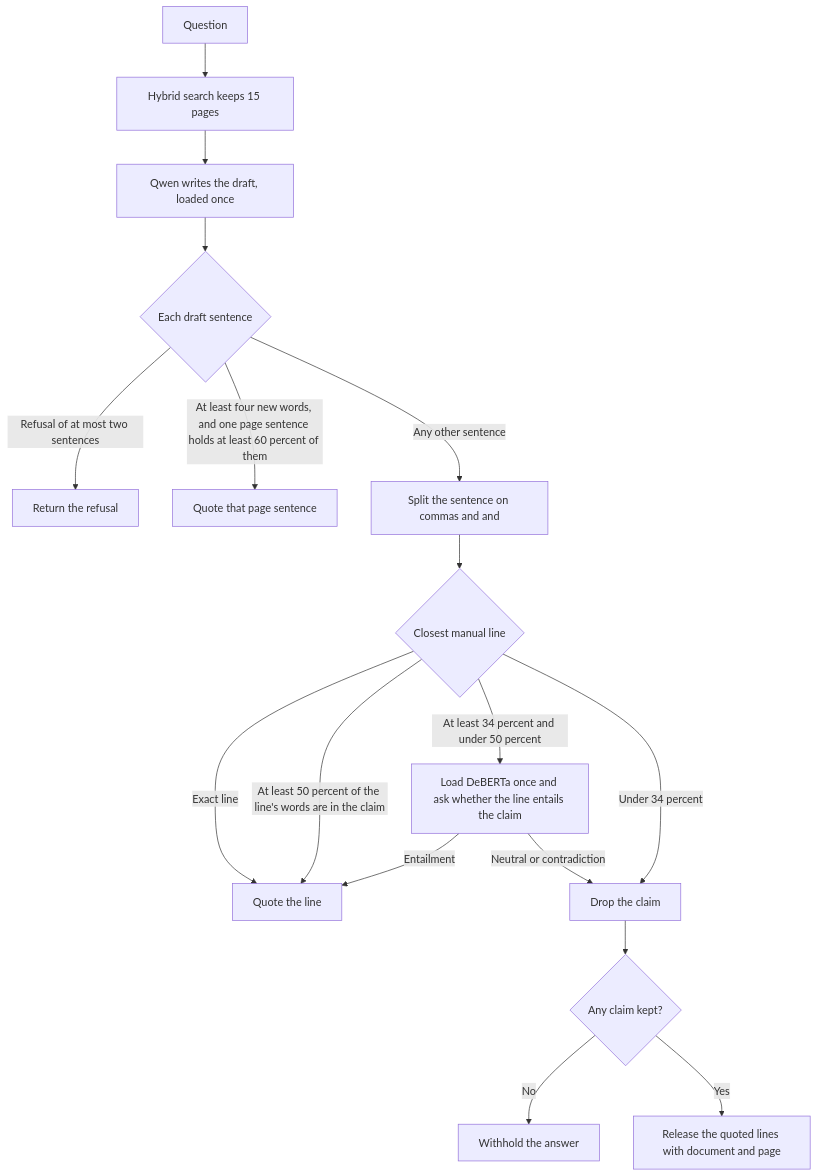
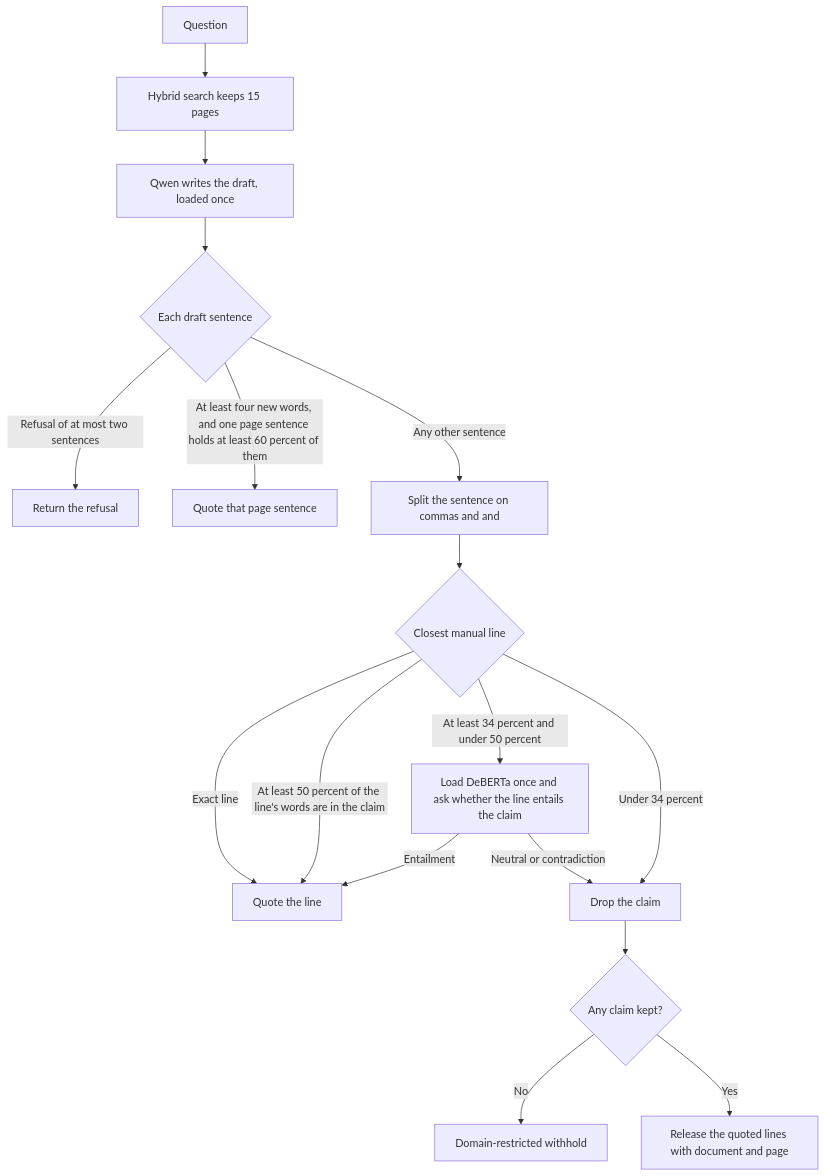
One commit to DhanushGWU1995/torque-diagnostics changed the diagram in docs/full-pipeline.md. Above: the diagram before and after it, drawn with Mermaid. The commit also changed other lines of this file and 4 other files, not shown here.

First line of the commit message:
Document domain-restricted withhold in README, pipeline guide, and architecture deck.

````diff
--- a/docs/full-pipeline.md
+++ b/docs/full-pipeline.md
@@ -209,19 +209,19 @@
 ```mermaid
 flowchart TD
   Q[Question] --> R[Hybrid search keeps 15 pages]
   R --> W[Qwen writes the draft, loaded once]
   W --> S{Each draft sentence}
   S -->|Refusal of at most two sentences| A[Return the refusal]
   S -->|At least four new words, and one page sentence holds at least 60 percent of them| B[Quote that page sentence]
   S -->|Any other sentence| C[Split the sentence on commas and and]
   C --> P{Closest manual line}
   P -->|Exact line| D[Quote the line]
   P -->|At least 50 percent of the line's words are in the claim| D
   P -->|At least 34 percent and under 50 percent| E[Load DeBERTa once and ask whether the line entails the claim]
   E -->|Entailment| D
   E -->|Neutral or contradiction| F[Drop the claim]
   P -->|Under 34 percent| F
   F --> G{Any claim kept?}
-  G -->|No| H[Withhold the answer]
+  G -->|No| H[Domain-restricted withhold]
   G -->|Yes| I[Release the quoted lines with document and page]
 ```
````
